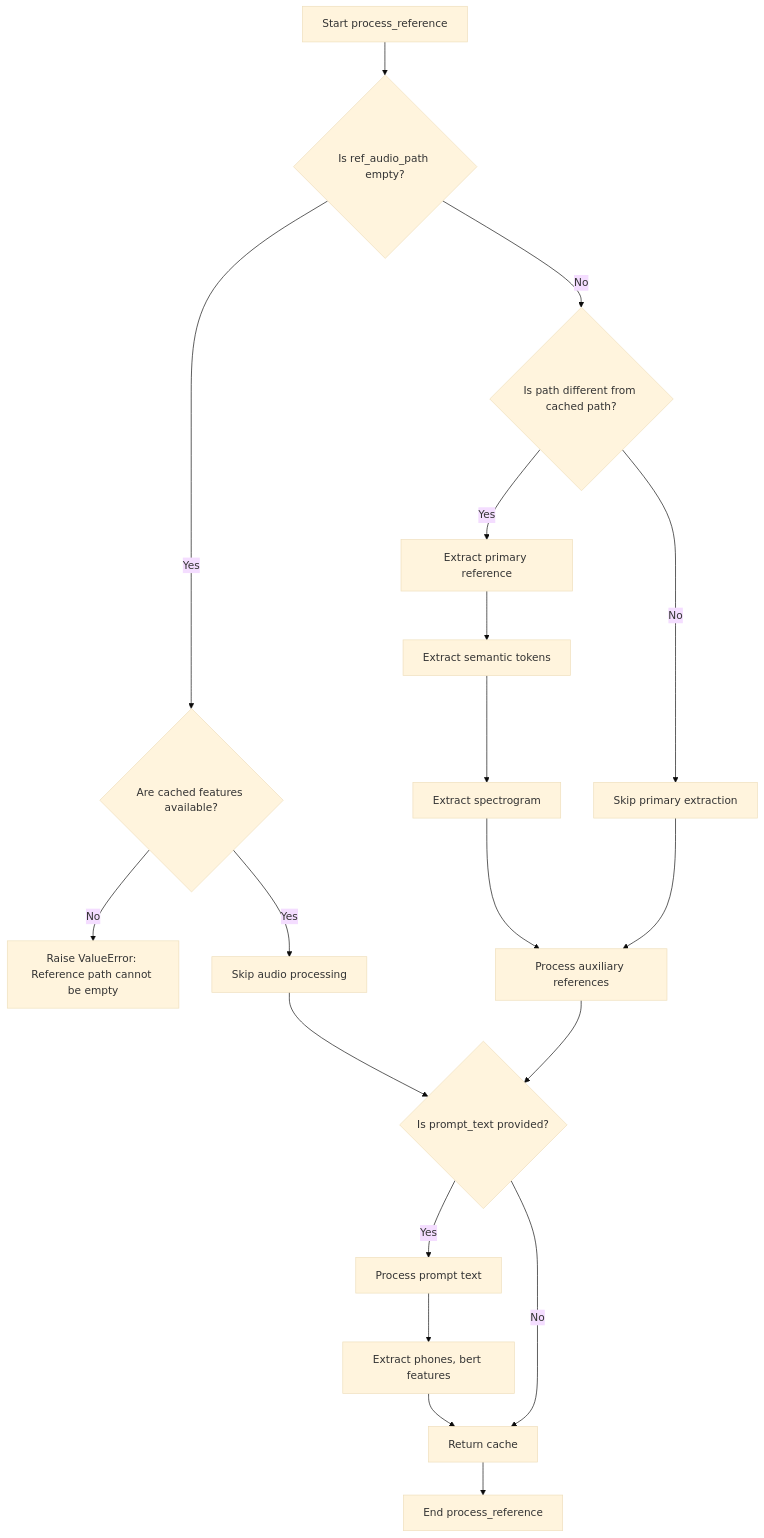
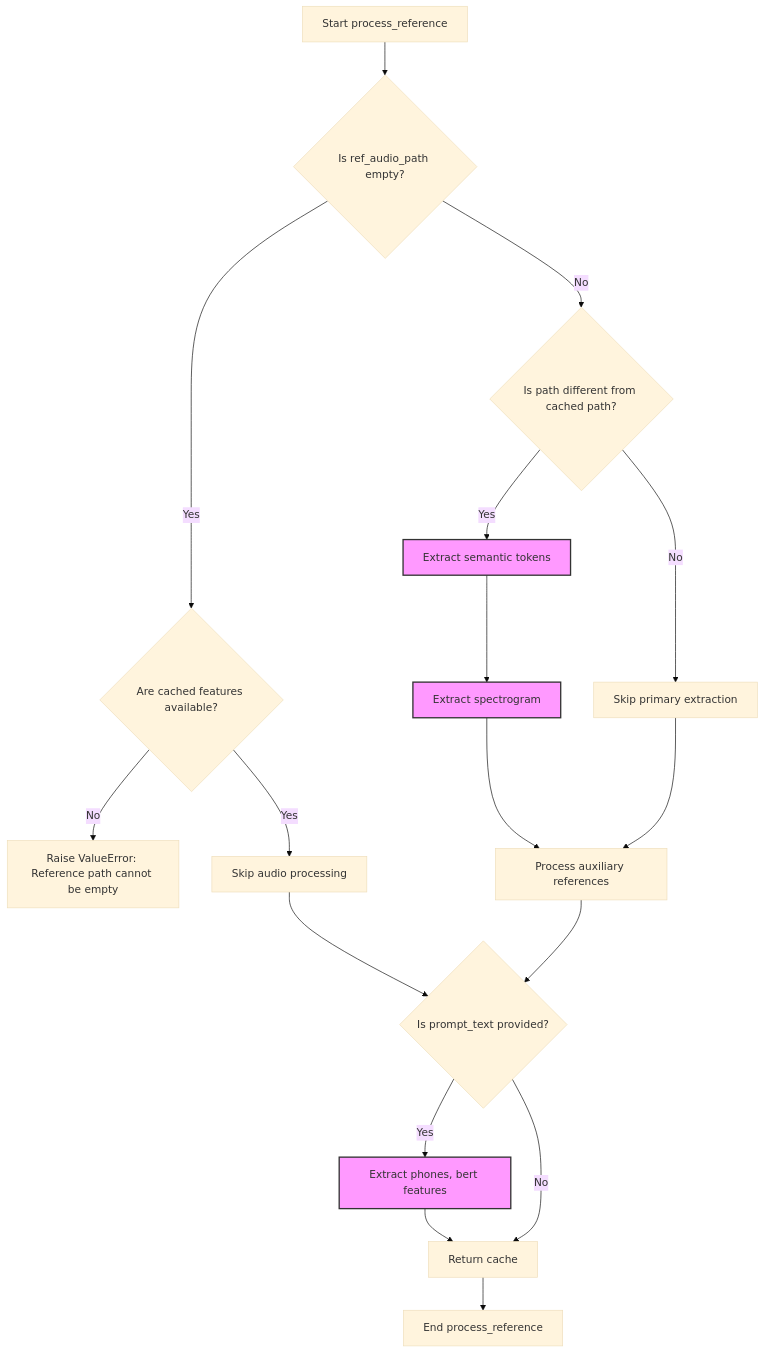
One commit to cshbli/Ominix-TTS changed the second of 2 diagrams in introduction.md. Above: the diagram before and after it, drawn with Mermaid (base theme). The commit also changed other lines of this file and 1 other file, not shown here.

Commit message:
Update introduction document

````diff
--- a/introduction.md
+++ b/introduction.md
@@ -69,32 +69,30 @@
 ```mermaid
 flowchart TD
     A[Start process_reference] --> B{Is ref_audio_path empty?}
     
     B -->|Yes| C{Are cached features available?}
     C -->|No| D[Raise ValueError: Reference path cannot be empty]
     C -->|Yes| E[Skip audio processing]
     
     B -->|No| H{Is path different from cached path?}
     
-    H -->|Yes| I[Extract primary reference]
-    I --> I1[Extract semantic tokens]
+    H -->|Yes| I1[Extract semantic tokens]    
     I1 --> I2[Extract spectrogram]
     I2 --> L[Process auxiliary references]   
     
     H -->|No| K[Skip primary extraction]
     K --> L
     
     L --> Q{Is prompt_text provided?}
     
     E --> Q    
     
-    Q -->|Yes| W[Process prompt text]
-    W --> W1[Extract phones, bert features]
-    W1 --> R[Return cache]
-
-    
-
+    Q -->|Yes| W[Extract phones, bert features]    
+    W --> R[Return cache]
     Q -->|No| R[Return cache]    
     
     R --> Z[End process_reference]
+
+    classDef CoreProcess fill:#f9f,stroke:#333,stroke-width:2px;
+    class I1,I2,W CoreProcess
 ```    
````
